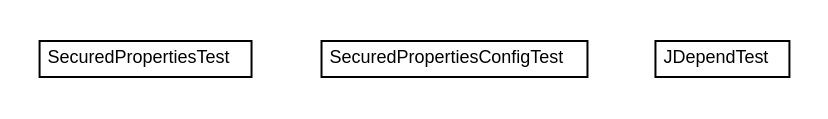
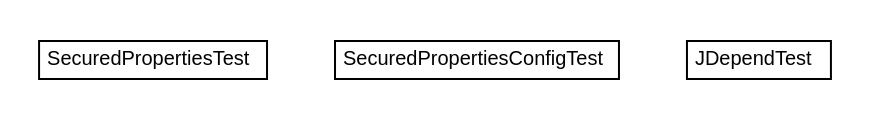
Before and after one commit to brabenetz/secured-properties: the diagram in archiv/1.0-SNAPSHOT/testapidocs/net/brabenetz/lib/securedproperties/net.brabenetz.lib.securedproperties.dot, drawn with Graphviz. The commit also changed 207 other files, not shown here.

```diff
--- a/archiv/1.0-SNAPSHOT/testapidocs/net/brabenetz/lib/securedproperties/net.brabenetz.lib.securedproperties.dot
+++ b/archiv/1.0-SNAPSHOT/testapidocs/net/brabenetz/lib/securedproperties/net.brabenetz.lib.securedproperties.dot
@@ -1,30 +1,30 @@
 #!/usr/local/bin/dot
 #
 # Class diagram 
 # Generated by UMLGraph version R5_6-24-gf6e263 (http://www.umlgraph.org/)
 #
 
 digraph G {
 	edge [fontname="arial",fontsize=10,labelfontname="arial",labelfontsize=10];
 	node [fontname="arial",fontsize=10,shape=plaintext];
 	nodesep=0.25;
 	ranksep=0.5;
 	// net.brabenetz.lib.securedproperties.SecuredPropertiesTest
-	c16 [label=<<table title="net.brabenetz.lib.securedproperties.SecuredPropertiesTest" border="0" cellborder="1" cellspacing="0" cellpadding="2" port="p" href="./SecuredPropertiesTest.html">
+	c21 [label=<<table title="net.brabenetz.lib.securedproperties.SecuredPropertiesTest" border="0" cellborder="1" cellspacing="0" cellpadding="2" port="p" href="./SecuredPropertiesTest.html">
 		<tr><td><table border="0" cellspacing="0" cellpadding="1">
 <tr><td align="center" balign="center"> SecuredPropertiesTest </td></tr>
 		</table></td></tr>
-		</table>>, URL="./SecuredPropertiesTest.html", fontname="arial", fontcolor="black", fontsize=9.0];
+		</table>>, URL="./SecuredPropertiesTest.html", fontname="arial", fontcolor="black", fontsize=10.0];
 	// net.brabenetz.lib.securedproperties.SecuredPropertiesConfigTest
-	c17 [label=<<table title="net.brabenetz.lib.securedproperties.SecuredPropertiesConfigTest" border="0" cellborder="1" cellspacing="0" cellpadding="2" port="p" href="./SecuredPropertiesConfigTest.html">
+	c22 [label=<<table title="net.brabenetz.lib.securedproperties.SecuredPropertiesConfigTest" border="0" cellborder="1" cellspacing="0" cellpadding="2" port="p" href="./SecuredPropertiesConfigTest.html">
 		<tr><td><table border="0" cellspacing="0" cellpadding="1">
 <tr><td align="center" balign="center"> SecuredPropertiesConfigTest </td></tr>
 		</table></td></tr>
-		</table>>, URL="./SecuredPropertiesConfigTest.html", fontname="arial", fontcolor="black", fontsize=9.0];
+		</table>>, URL="./SecuredPropertiesConfigTest.html", fontname="arial", fontcolor="black", fontsize=10.0];
 	// net.brabenetz.lib.securedproperties.JDependTest
-	c18 [label=<<table title="net.brabenetz.lib.securedproperties.JDependTest" border="0" cellborder="1" cellspacing="0" cellpadding="2" port="p" href="./JDependTest.html">
+	c23 [label=<<table title="net.brabenetz.lib.securedproperties.JDependTest" border="0" cellborder="1" cellspacing="0" cellpadding="2" port="p" href="./JDependTest.html">
 		<tr><td><table border="0" cellspacing="0" cellpadding="1">
 <tr><td align="center" balign="center"> JDependTest </td></tr>
 		</table></td></tr>
-		</table>>, URL="./JDependTest.html", fontname="arial", fontcolor="black", fontsize=9.0];
+		</table>>, URL="./JDependTest.html", fontname="arial", fontcolor="black", fontsize=10.0];
 }
```
